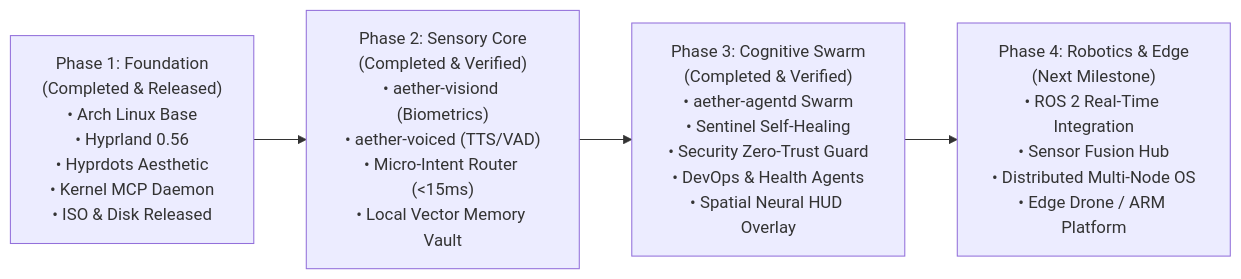
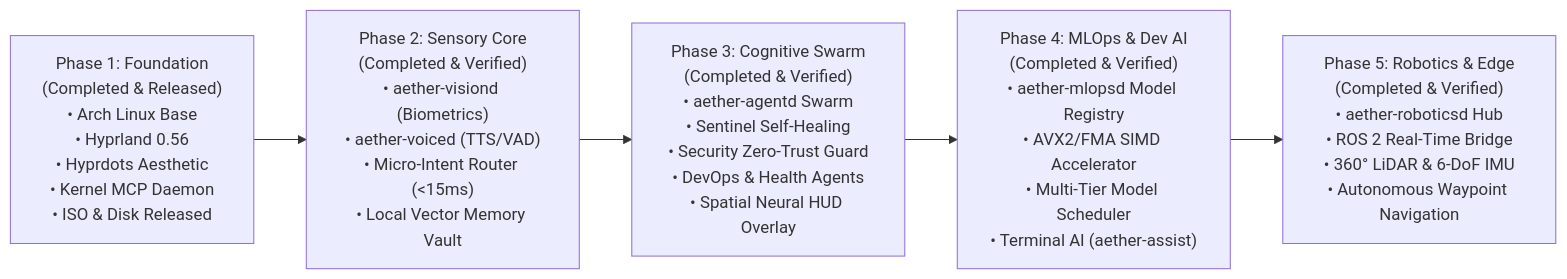
One commit to talpadeavi03/AetherOS-mini changed the fourth of 4 diagrams in docs/AETHEROS_MASTER_ARCHITECTURE.md. Above: the diagram before and after it, drawn with Mermaid. The commit also changed other lines of this file and 5 other files, not shown here.

First line of the commit message:
feat(robotics): implement ROS 2 Sensor Fusion Hub & complete all 14 AetherOS modules

````diff
--- a/docs/AETHEROS_MASTER_ARCHITECTURE.md
+++ b/docs/AETHEROS_MASTER_ARCHITECTURE.md
@@ -261,12 +261,14 @@
 ```mermaid
 flowchart LR
     P1["Phase 1: Foundation\n(Completed & Released)\n• Arch Linux Base\n• Hyprland 0.56\n• Hyprdots Aesthetic\n• Kernel MCP Daemon\n• ISO & Disk Released"]
     
     P2["Phase 2: Sensory Core\n(Completed & Verified)\n• aether-visiond (Biometrics)\n• aether-voiced (TTS/VAD)\n• Micro-Intent Router (<15ms)\n• Local Vector Memory Vault"]
     
     P3["Phase 3: Cognitive Swarm\n(Completed & Verified)\n• aether-agentd Swarm\n• Sentinel Self-Healing\n• Security Zero-Trust Guard\n• DevOps & Health Agents\n• Spatial Neural HUD Overlay"]
     
-    P4["Phase 4: Robotics & Edge\n(Next Milestone)\n• ROS 2 Real-Time Integration\n• Sensor Fusion Hub\n• Distributed Multi-Node OS\n• Edge Drone / ARM Platform"]
+    P4["Phase 4: MLOps & Dev AI\n(Completed & Verified)\n• aether-mlopsd Model Registry\n• AVX2/FMA SIMD Accelerator\n• Multi-Tier Model Scheduler\n• Terminal AI (aether-assist)"]
 
-    P1 --> P2 --> P3 --> P4
+    P5["Phase 5: Robotics & Edge\n(Completed & Verified)\n• aether-roboticsd Hub\n• ROS 2 Real-Time Bridge\n• 360° LiDAR & 6-DoF IMU\n• Autonomous Waypoint Navigation"]
+
+    P1 --> P2 --> P3 --> P4 --> P5
 ```
````
